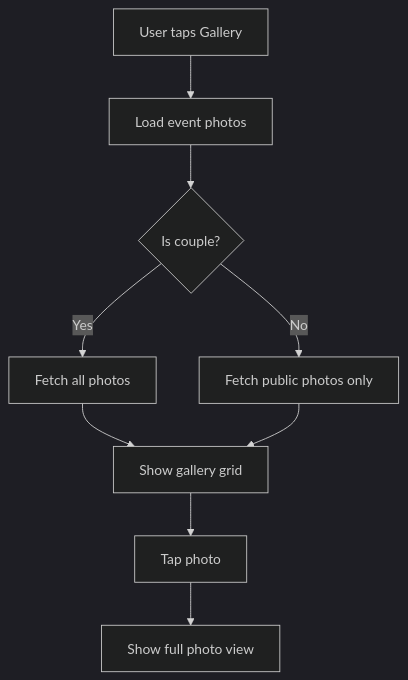
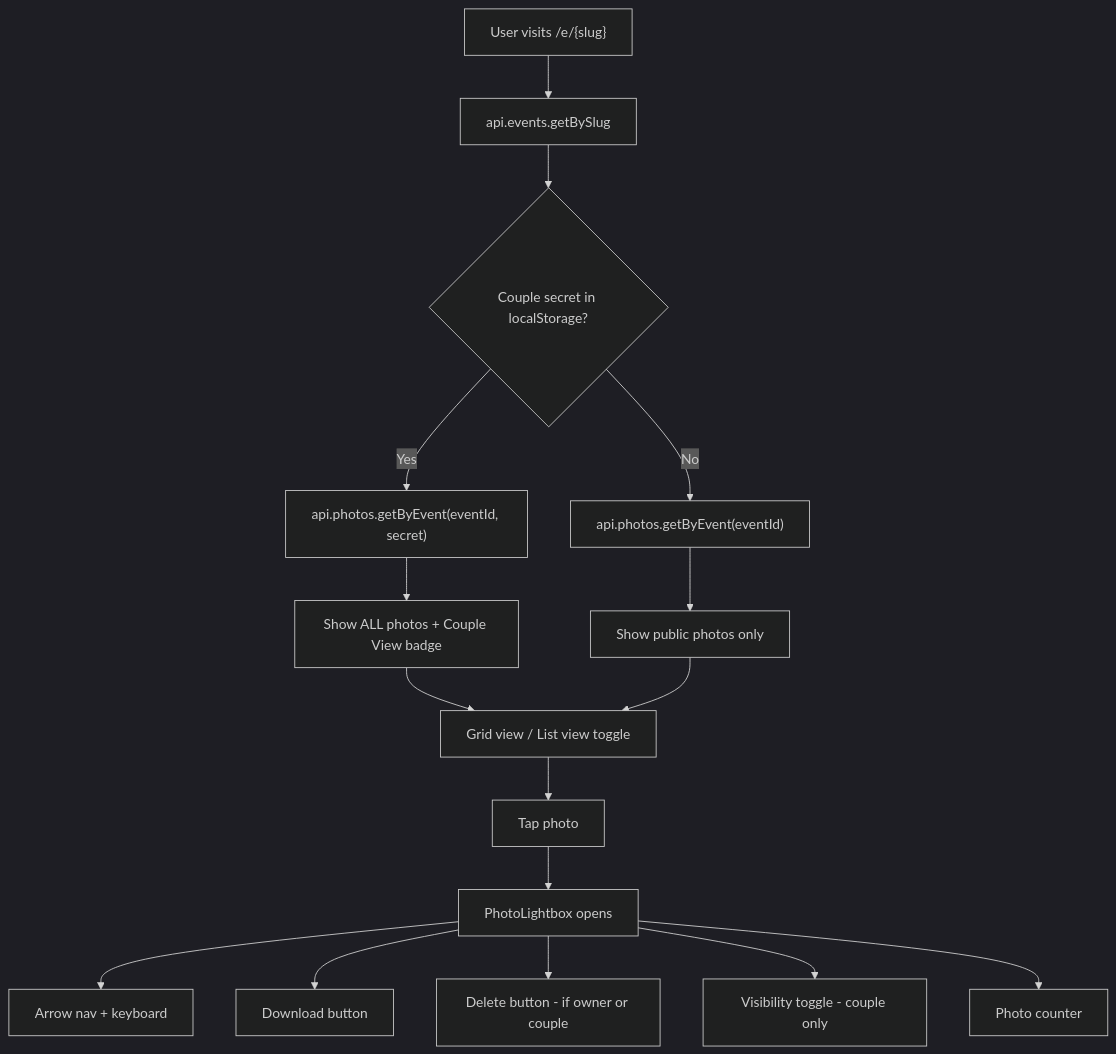
One commit to nova-chrome/WeWitnessed changed the fifth of 9 diagrams in docs/user-flows.md. Above: the diagram before and after it, drawn with Mermaid (dark theme). The commit also changed other lines of this file and 6 other files, not shown here.

````diff
--- a/docs/user-flows.md
+++ b/docs/user-flows.md
@@ -70,11 +82,17 @@
 ```mermaid
 flowchart TD
-    A[User taps Gallery] --> B[Load event photos]
-    B --> C{Is couple?}
-    C -->|Yes| D[Fetch all photos]
-    C -->|No| E[Fetch public photos only]
-    D --> F[Show gallery grid]
-    E --> F
-    F --> G[Tap photo]
-    G --> H[Show full photo view]
+    A["User visits /e/{slug}"] --> B[api.events.getBySlug]
+    B --> C{Couple secret in localStorage?}
+    C -->|Yes| D["api.photos.getByEvent(eventId, secret)"]
+    C -->|No| E["api.photos.getByEvent(eventId)"]
+    D --> F[Show ALL photos + Couple View badge]
+    E --> G[Show public photos only]
+    F & G --> H[Grid view / List view toggle]
+    H --> I[Tap photo]
+    I --> J[PhotoLightbox opens]
+    J --> J1[Arrow nav + keyboard]
+    J --> J2[Download button]
+    J --> J3[Delete button - if owner or couple]
+    J --> J4[Visibility toggle - couple only]
+    J --> J5[Photo counter]
 ```
````
